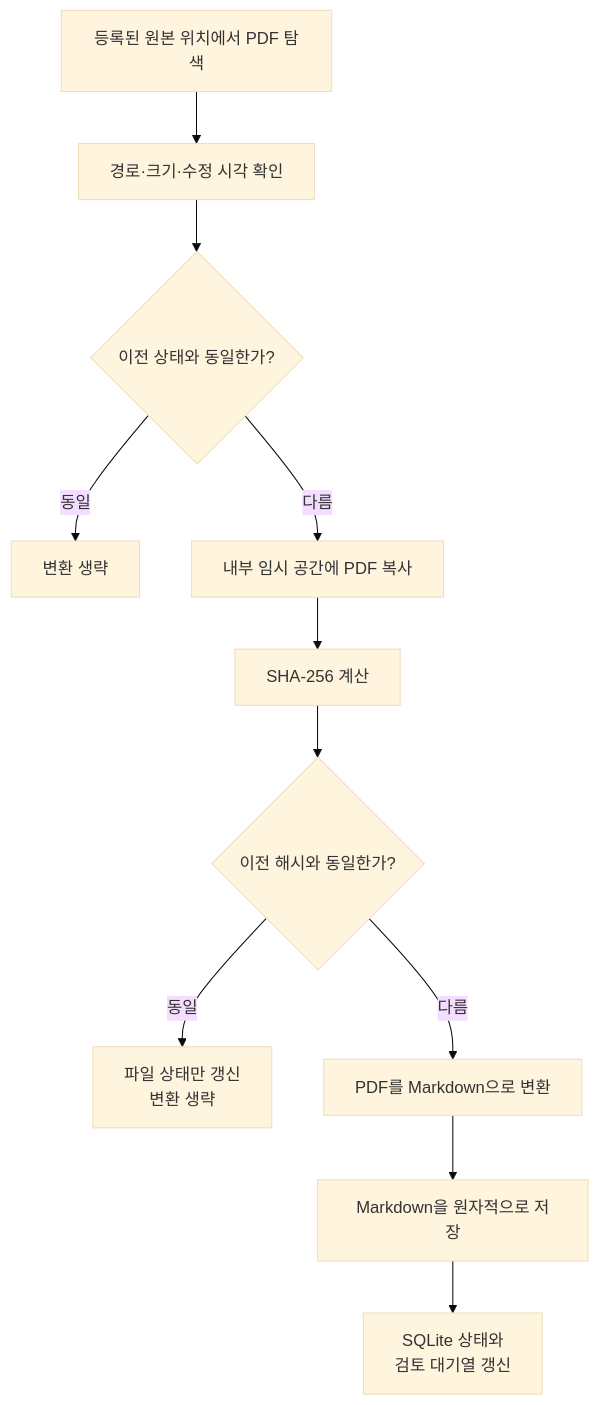
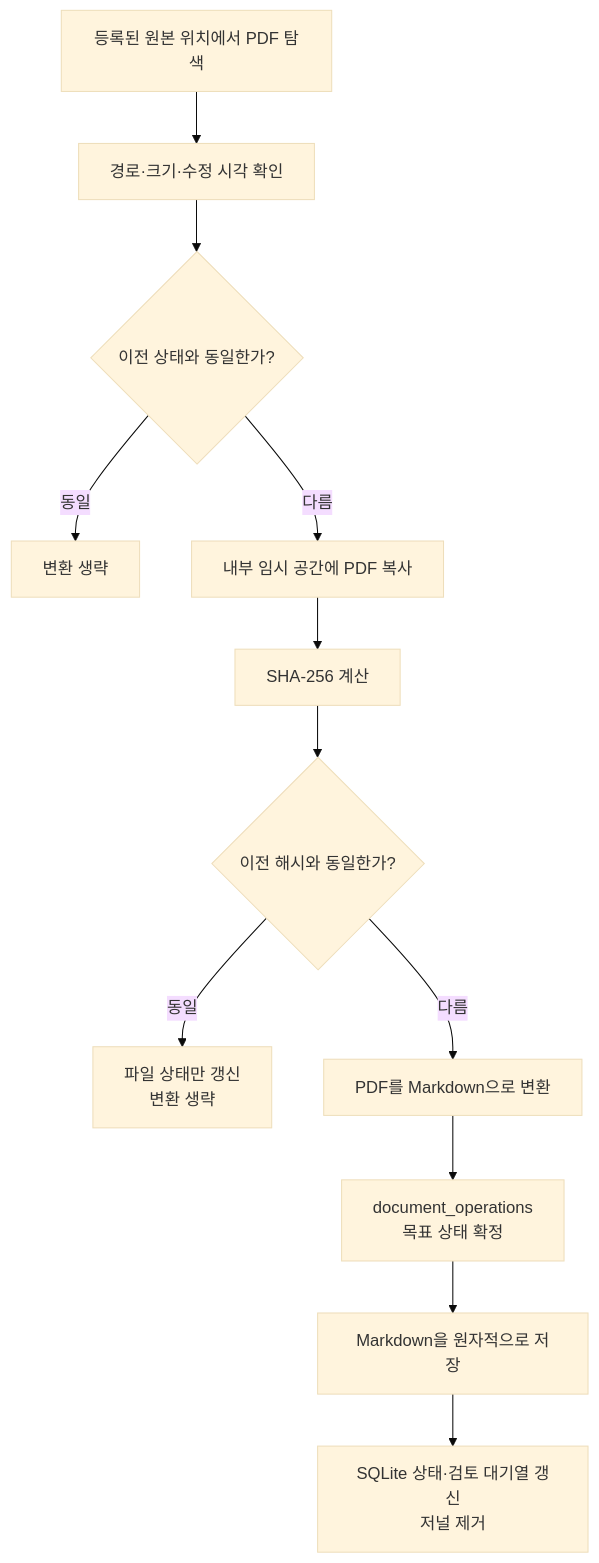
One commit to LWH4Data/research-agent changed the fourth of 9 diagrams in docs/technical/README.md. Above: the diagram before and after it, drawn with Mermaid (base theme). The commit also changed other lines of this file and 39 other files, not shown here.

````diff
--- a/docs/technical/README.md
+++ b/docs/technical/README.md
@@ -304,13 +455,14 @@
 ```mermaid
 flowchart TD
     A[등록된 원본 위치에서 PDF 탐색] --> B[경로·크기·수정 시각 확인]
     B --> C{이전 상태와 동일한가?}
     C -->|동일| D[변환 생략]
     C -->|다름| E[내부 임시 공간에 PDF 복사]
     E --> F[SHA-256 계산]
     F --> G{이전 해시와 동일한가?}
     G -->|동일| H[파일 상태만 갱신<br/>변환 생략]
     G -->|다름| I[PDF를 Markdown으로 변환]
-    I --> J[Markdown을 원자적으로 저장]
-    J --> K[SQLite 상태와<br/>검토 대기열 갱신]
+    I --> J[document_operations<br/>목표 상태 확정]
+    J --> K[Markdown을 원자적으로 저장]
+    K --> L[SQLite 상태·검토 대기열 갱신<br/>저널 제거]
 ```
````
